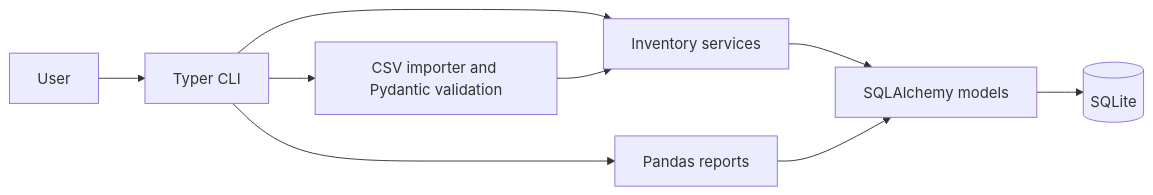
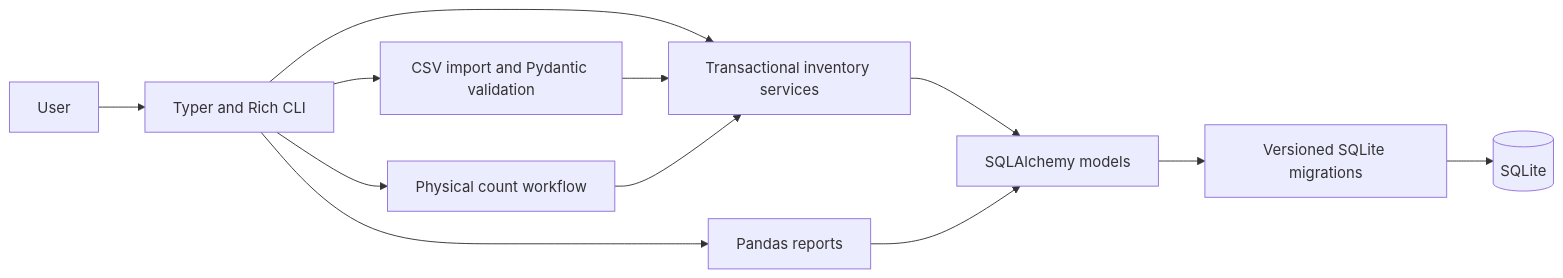
The diagram in README.md (movsarusumov172-crypto/StockPilot), drawn with Mermaid before and after one commit. The commit also changed other lines of this file and 15 other files, not shown here.

````diff
--- a/README.md
+++ b/README.md
@@ -7,11 +9,14 @@
 ```mermaid
 flowchart LR
-    User --> CLI[Typer CLI]
-    CLI --> Services[Inventory services]
-    CLI --> Importer[CSV importer and Pydantic validation]
+    User --> CLI[Typer and Rich CLI]
+    CLI --> Services[Transactional inventory services]
+    CLI --> Importer[CSV import and Pydantic validation]
+    CLI --> Counts[Physical count workflow]
     CLI --> Reports[Pandas reports]
     Services --> ORM[SQLAlchemy models]
     Importer --> Services
+    Counts --> Services
     Reports --> ORM
-    ORM --> DB[(SQLite)]
+    ORM --> Migrations[Versioned SQLite migrations]
+    Migrations --> DB[(SQLite)]
 ```
````
